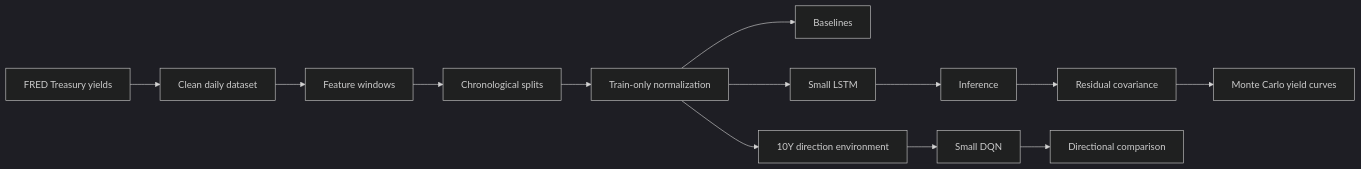
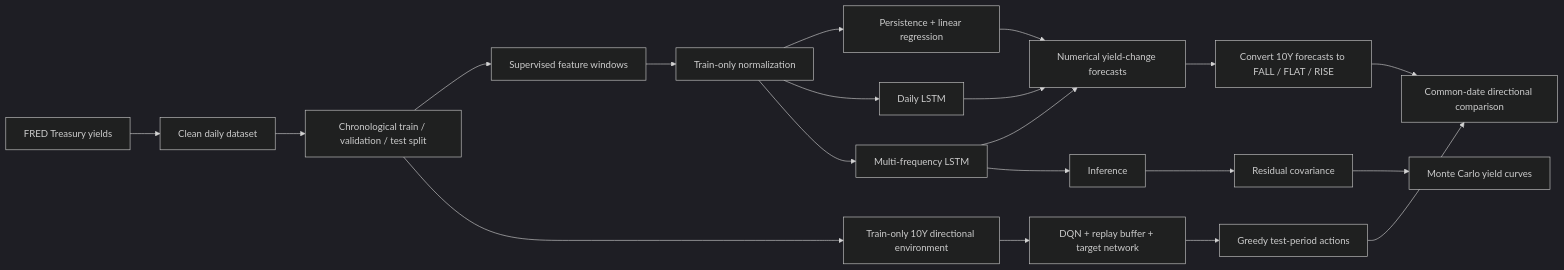
The diagram in README.md (diyasaxena17/tresonance), drawn with Mermaid (dark theme) before and after one commit. The commit also changed other lines of this file and 2 other files, not shown here.

````diff
--- a/README.md
+++ b/README.md
@@ -33,15 +59,25 @@
 ```mermaid
 flowchart LR
     A[FRED Treasury yields] --> B[Clean daily dataset]
-    B --> C[Feature windows]
-    C --> D[Chronological splits]
+    B --> C[Chronological train / validation / test split]
+
+    C --> D[Supervised feature windows]
     D --> E[Train-only normalization]
-    E --> F[Baselines]
-    E --> G[Small LSTM]
-    G --> H[Inference]
-    H --> I[Residual covariance]
-    I --> J[Monte Carlo yield curves]
-    E --> K[10Y direction environment]
-    K --> L[Small DQN]
-    L --> M[Directional comparison]
+    E --> F[Persistence + linear regression]
+    E --> G[Daily LSTM]
+    E --> H[Multi-frequency LSTM]
+    G --> I[Numerical yield-change forecasts]
+    H --> I
+    F --> I
+    I --> J[Convert 10Y forecasts to FALL / FLAT / RISE]
+
+    C --> K[Train-only 10Y directional environment]
+    K --> L[DQN + replay buffer + target network]
+    L --> M[Greedy test-period actions]
+
+    J --> N[Common-date directional comparison]
+    M --> N
+    H --> O[Inference]
+    O --> P[Residual covariance]
+    P --> Q[Monte Carlo yield curves]
 ```
````
